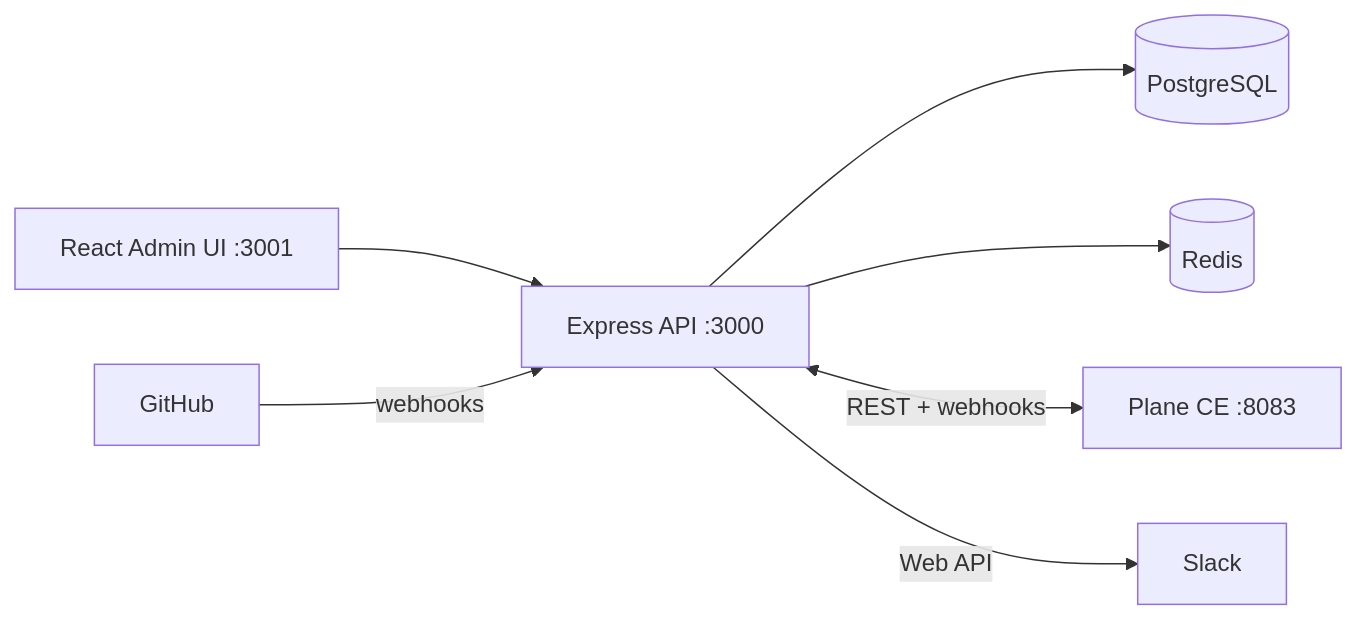
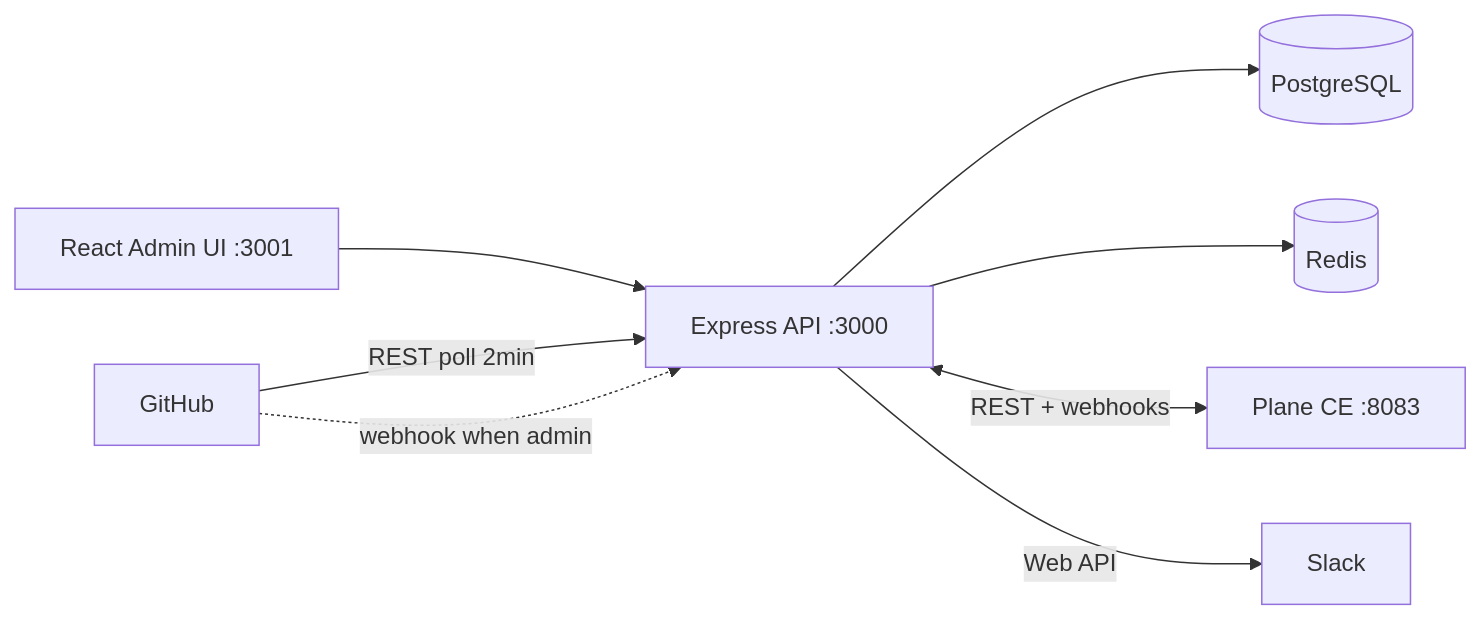
The diagram in README.md (1Touch-dev/claude-skill-agent), drawn with Mermaid before and after one commit. The commit also changed other lines of this file and 1 other file, not shown here.

````diff
--- a/README.md
+++ b/README.md
@@ -39,14 +71,15 @@
 ```mermaid
 flowchart LR
   UI[React Admin UI :3001]
   API[Express API :3000]
   DB[(PostgreSQL)]
   RD[(Redis)]
   PM[Plane CE :8083]
   UI --> API
   API --> DB
   API --> RD
   API <-->|REST + webhooks| PM
-  GH[GitHub] -->|webhooks| API
+  GH[GitHub] -->|REST poll 2min| API
+  GH -.->|webhook when admin| API
   API -->|Web API| SL[Slack]
 ```
````
